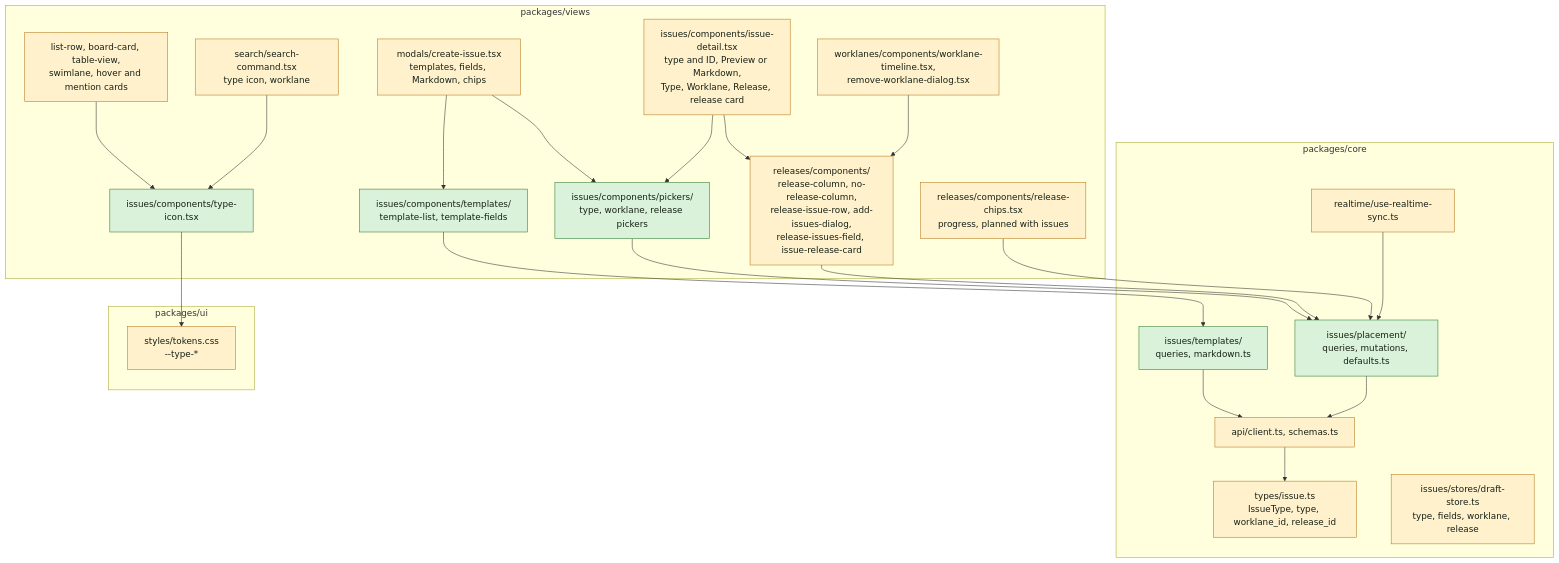
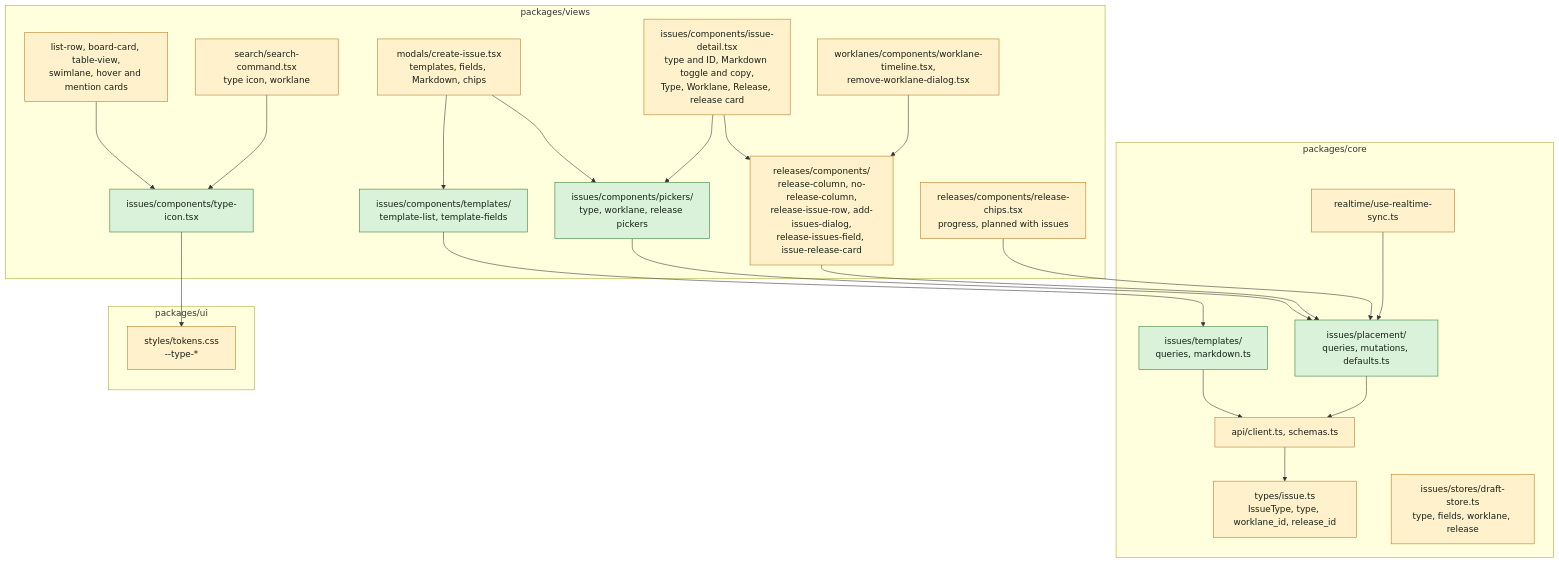
Before and after one commit to appboypov/multica: the third of 6 diagrams in specs/openspec/changes/issues-from-templates/design.md, drawn with Mermaid. The commit also changed other lines of this file and 32 other files, not shown here.

First line of the commit message:
feat(issues): edit the description as Markdown everywhere, with a copy button (WORK-434)

````diff
--- a/specs/openspec/changes/issues-from-templates/design.md
+++ b/specs/openspec/changes/issues-from-templates/design.md
@@ -63,39 +63,39 @@
 ```mermaid
 flowchart TB
   classDef new fill:#d9f2d9,stroke:#2e7d32,color:#172117
   classDef changed fill:#fff1cc,stroke:#b7791f,color:#172117
   subgraph core["packages/core"]
     types["types/issue.ts<br/>IssueType, type, worklane_id, release_id"]:::changed
     api["api/client.ts, schemas.ts"]:::changed
     tpls["issues/templates/<br/>queries, markdown.ts"]:::new
     placec["issues/placement/<br/>queries, mutations, defaults.ts"]:::new
     draft["issues/stores/draft-store.ts<br/>type, fields, worklane, release"]:::changed
     rt["realtime/use-realtime-sync.ts"]:::changed
   end
   subgraph ui["packages/ui"]
     tokens["styles/tokens.css<br/>--type-*"]:::changed
   end
   subgraph views["packages/views"]
     newissue["modals/create-issue.tsx<br/>templates, fields, Markdown, chips"]:::changed
     tplv["issues/components/templates/<br/>template-list, template-fields"]:::new
     typeicon["issues/components/type-icon.tsx"]:::new
     pickers["issues/components/pickers/<br/>type, worklane, release pickers"]:::new
-    detail["issues/components/issue-detail.tsx<br/>type and ID, Preview or Markdown,<br/>Type, Worklane, Release, release card"]:::changed
+    detail["issues/components/issue-detail.tsx<br/>type and ID, Markdown toggle and copy,<br/>Type, Worklane, Release, release card"]:::changed
     rows["list-row, board-card, table-view,<br/>swimlane, hover and mention cards"]:::changed
     search["search/search-command.tsx<br/>type icon, worklane"]:::changed
     relv["releases/components/<br/>release-column, no-release-column,<br/>release-issue-row, add-issues-dialog,<br/>release-issues-field, issue-release-card"]:::changed
     tl["worklanes/components/worklane-timeline.tsx,<br/>remove-worklane-dialog.tsx"]:::changed
     chips["releases/components/release-chips.tsx<br/>progress, planned with issues"]:::changed
   end
   newissue --> tplv --> tpls
   newissue --> pickers --> placec
   detail --> pickers
   detail --> relv
   tl --> relv --> placec
   chips --> placec
   rows --> typeicon --> tokens
   search --> typeicon
   tpls --> api
   placec --> api --> types
   rt --> placec
 ```
````
